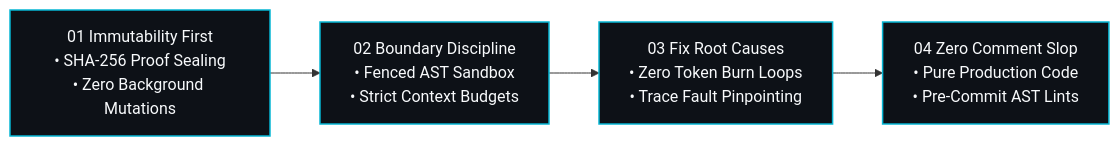
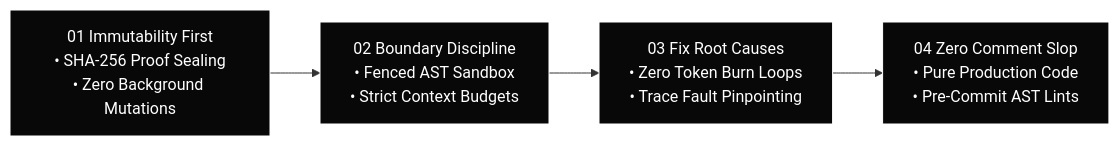
One commit to autonomic-ai-dev/website changed the diagram in src/routes/docs/invariants/+page.md. Above: the diagram before and after it, drawn with Mermaid. The commit also changed other lines of this file and 20 other files, not shown here.

First line of the commit message:
feat(ui): animate background, sync nav & footer, showcase brew & cargo, and fix monochromatic mermaid charts (#25)

````diff
--- a/src/routes/docs/invariants/+page.md
+++ b/src/routes/docs/invariants/+page.md
@@ -29,9 +26,9 @@
 ```mermaid
 flowchart LR
     I1["01 Immutability First\n• SHA-256 Proof Sealing\n• Zero Background Mutations"] --> I2["02 Boundary Discipline\n• Fenced AST Sandbox\n• Strict Context Budgets"]
     I2 --> I3["03 Fix Root Causes\n• Zero Token Burn Loops\n• Trace Fault Pinpointing"]
     I3 --> I4["04 Zero Comment Slop\n• Pure Production Code\n• Pre-Commit AST Lints"]
 
-    classDef invNode fill:#0d1117,stroke:#06b6d4,stroke-width:1.5px,color:#f8fafc;
+    classDef invNode fill:#080808,stroke:#ffffff,stroke-width:1px,color:#ffffff;
     class I1,I2,I3,I4 invNode;
 ```
````
